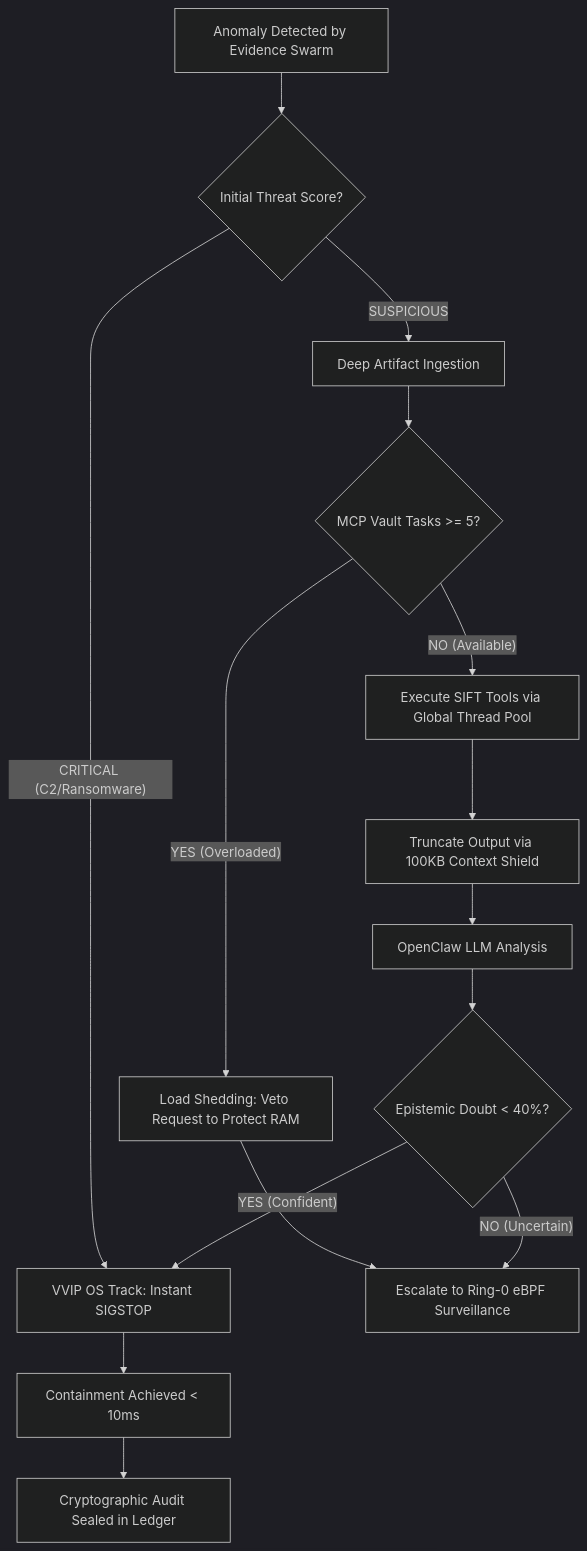
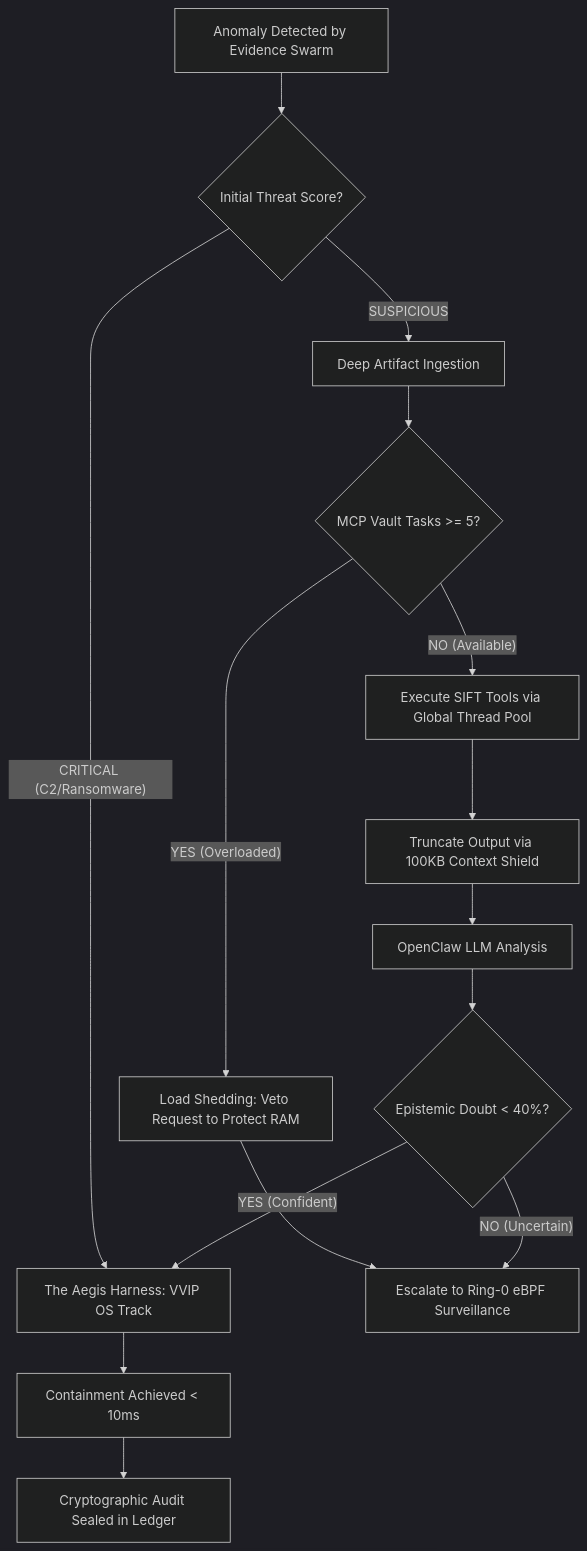
Before and after one commit to ArcVielLouvent/yomi-triage-system: the fourth of 4 diagrams in README.md, drawn with Mermaid (dark theme). The commit also changed other lines of this file, not shown here.

````diff
--- a/README.md
+++ b/README.md
@@ -384,25 +390,25 @@
 ```mermaid
 flowchart TD;
     A[Anomaly Detected by Evidence Swarm] --> B{Initial Threat Score?}
     
     %% VVIP Containment Route
-    B -- CRITICAL (C2/Ransomware) --> VVIP[VVIP OS Track: Instant SIGSTOP]
+    B -- CRITICAL (C2/Ransomware) --> VVIP[The Aegis Harness: VVIP OS Track]
     VVIP --> D[Containment Achieved < 10ms]
     
     %% Forensic Analysis Route
     B -- SUSPICIOUS --> C[Deep Artifact Ingestion]
     C --> E{MCP Vault Tasks >= 5?}
     
     E -- YES (Overloaded) --> G[Load Shedding: Veto Request to Protect RAM]
     G --> K[Escalate to Ring-0 eBPF Surveillance]
     
     E -- NO (Available) --> F[Execute SIFT Tools via Global Thread Pool]
     F --> H[Truncate Output via 100KB Context Shield]
     H --> I[OpenClaw LLM Analysis]
     
     I --> J{Epistemic Doubt < 40%?}
     J -- YES (Confident) --> VVIP
     J -- NO (Uncertain) --> K
     
     D --> L[Cryptographic Audit Sealed in Ledger]
 ```
````
